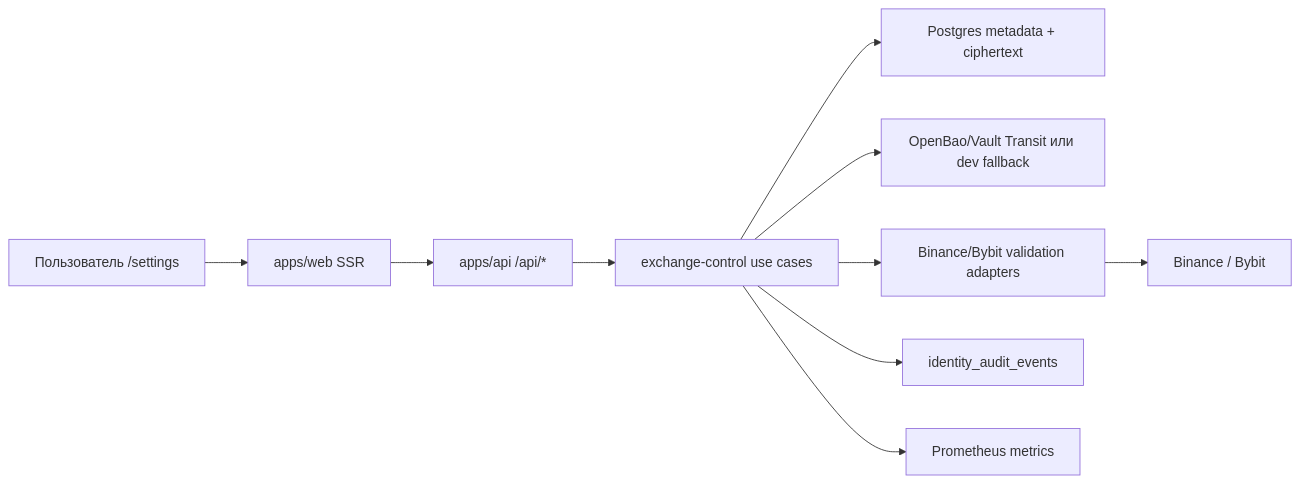
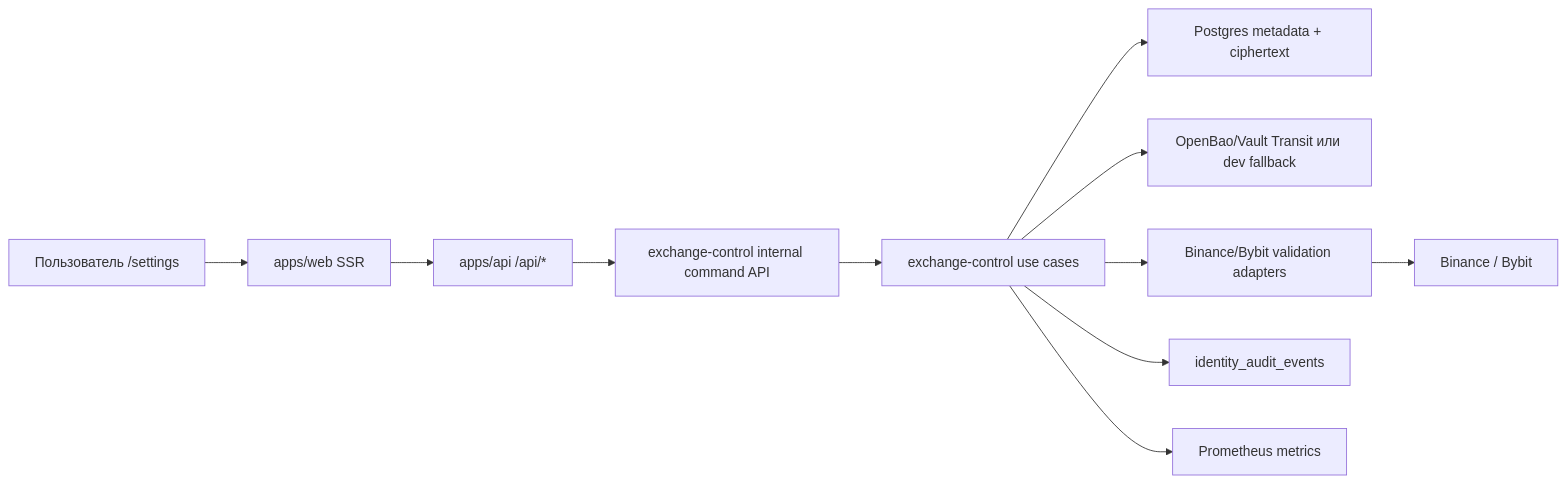
Before and after one commit to Dejetins/roehub.com: the diagram in docs/architecture/identity/identity-exchange-connections-live-trading-v1.md, drawn with Mermaid. The commit also changed other lines of this file and 15 other files, not shown here.

````diff
--- a/docs/architecture/identity/identity-exchange-connections-live-trading-v1.md
+++ b/docs/architecture/identity/identity-exchange-connections-live-trading-v1.md
@@ -110,12 +110,13 @@
 ```mermaid
 flowchart LR
     U["Пользователь /settings"] --> WEB["apps/web SSR"]
     WEB --> API["apps/api /api/*"]
-    API --> CTRL["exchange-control use cases"]
+    API --> CTRLAPI["exchange-control internal command API"]
+    CTRLAPI --> CTRL["exchange-control use cases"]
     CTRL --> PG["Postgres metadata + ciphertext"]
     CTRL --> SECRET["OpenBao/Vault Transit или dev fallback"]
     CTRL --> VALID["Binance/Bybit validation adapters"]
     VALID --> EX["Binance / Bybit"]
     CTRL --> AUDIT["identity_audit_events"]
     CTRL --> METRICS["Prometheus metrics"]
 ```
````
